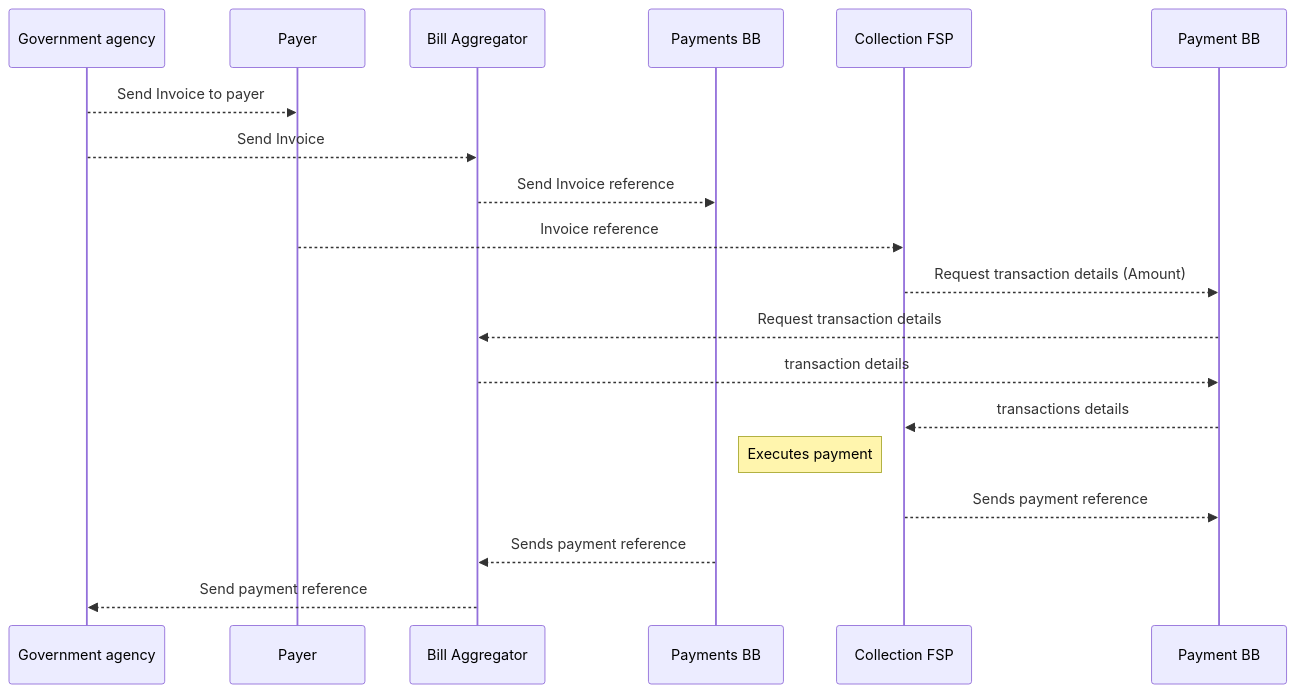
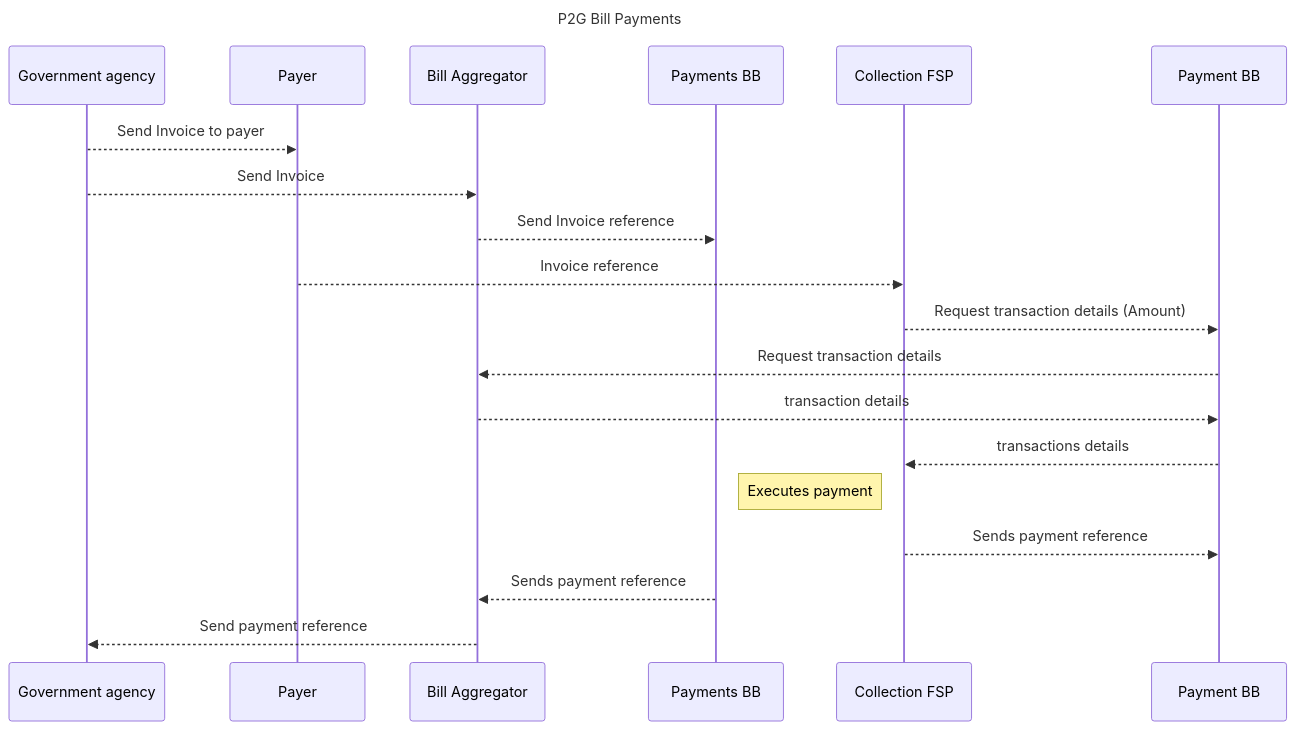
One commit to somanath21/bb-payments changed the eighth of 8 diagrams in spec/10-workflows.md. Above: the diagram before and after it, drawn with Mermaid. The commit also changed other lines of this file and 3 other files, not shown here.

````diff
--- a/spec/10-workflows.md
+++ b/spec/10-workflows.md
@@ -444,22 +466,24 @@
 ```mermaid
 sequenceDiagram
+
+title: P2G Bill Payments
 
 Government agency -->>Payer: Send Invoice to payer
 Government agency -->>Bill Aggregator: Send Invoice
 Bill Aggregator -->> Payments BB: Send Invoice reference
 Payer-->>Collection FSP: Invoice reference
 Collection FSP -->> Payment BB: Request transaction details (Amount)
 Payment BB -->>Bill Aggregator: Request transaction details
 Bill Aggregator -->> Payment BB: transaction details
 Payment BB -->>Collection FSP: transactions details
 Note left of Collection FSP: Executes payment
 Collection FSP -->> Payment BB: Sends payment reference
 Payments BB -->> Bill Aggregator: Sends payment reference
 Bill Aggregator -->> Government agency: Send payment reference
 
 
 
 
 
 
 ```
````
